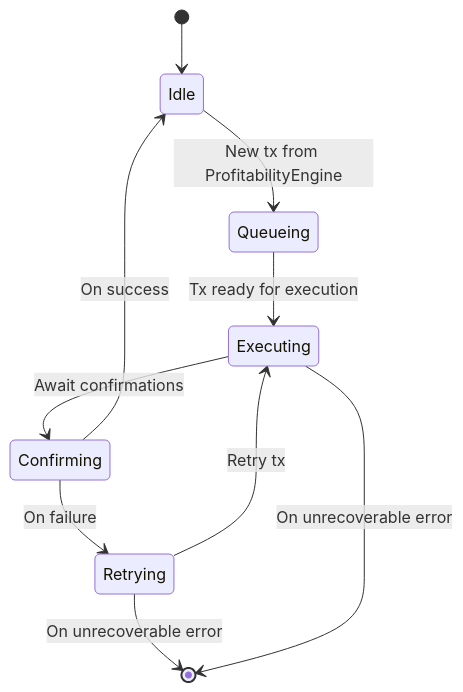
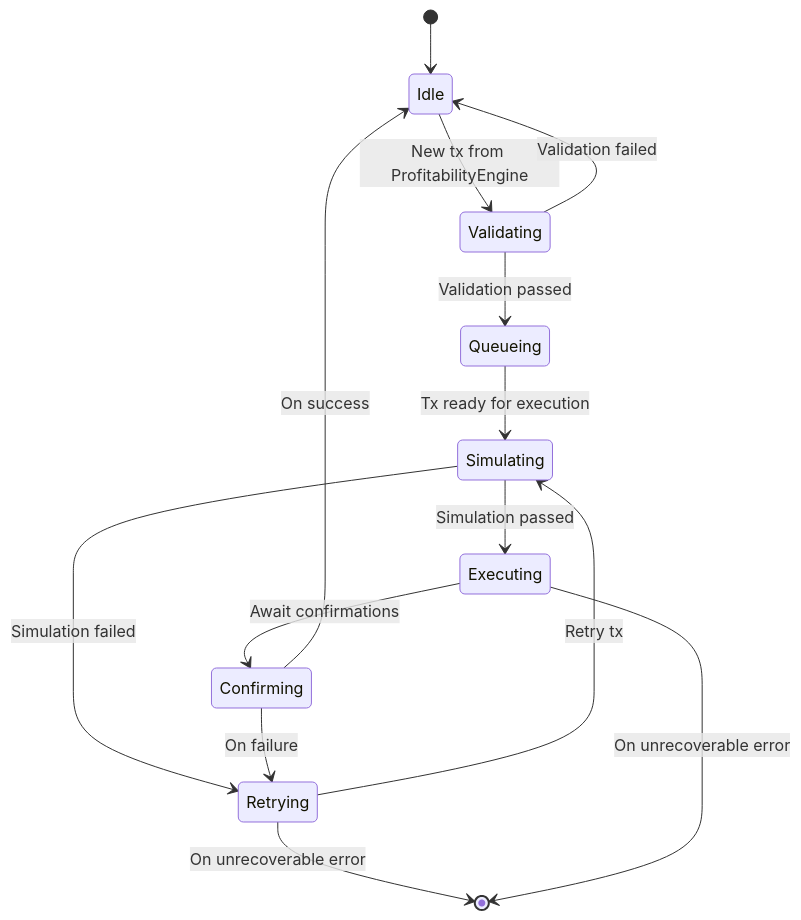
The first of 2 diagrams in src/executor/README.md (ScopeLift/staker-bots), drawn with Mermaid before and after one commit. The commit also changed other lines of this file and 14 other files, not shown here.

````diff
--- a/src/executor/README.md
+++ b/src/executor/README.md
@@ -118,12 +132,16 @@
 ```mermaid
 stateDiagram-v2
     [*] --> Idle
-    Idle --> Queueing: New tx from ProfitabilityEngine
-    Queueing --> Executing: Tx ready for execution
+    Idle --> Validating: New tx from ProfitabilityEngine
+    Validating --> Queueing: Validation passed
+    Validating --> Idle: Validation failed
+    Queueing --> Simulating: Tx ready for execution
+    Simulating --> Executing: Simulation passed
+    Simulating --> Retrying: Simulation failed
     Executing --> Confirming: Await confirmations
     Confirming --> Idle: On success
     Confirming --> Retrying: On failure
-    Retrying --> Executing: Retry tx
+    Retrying --> Simulating: Retry tx
     Retrying --> [*]: On unrecoverable error
     Executing --> [*]: On unrecoverable error
 ```
````
